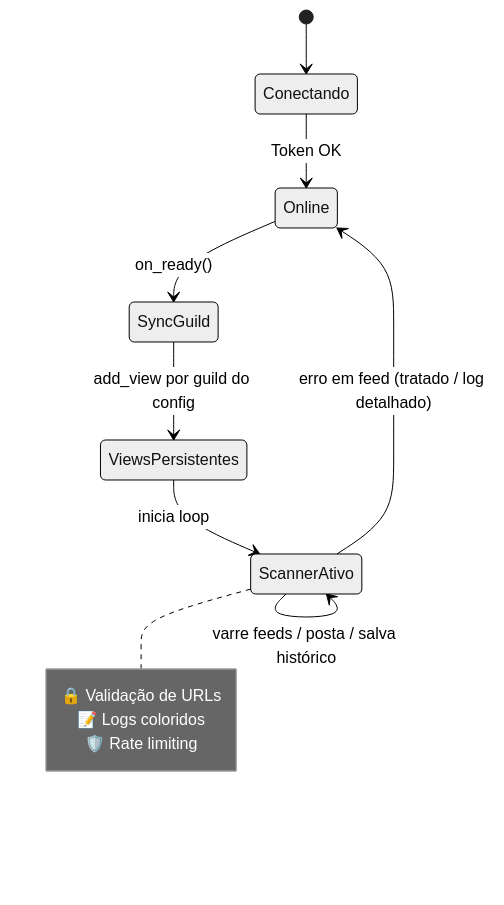
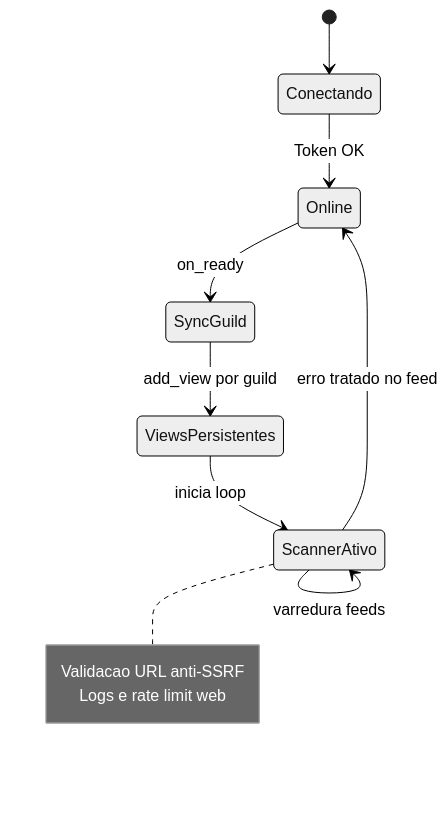
One commit to carmipa/gundam-news-discord changed the third of 5 diagrams in README.md. Above: the diagram before and after it, drawn with Mermaid (neutral theme). The commit also changed other lines of this file and 1 other file, not shown here.

Commit message:
docs: Move architecture documentation to a dedicated file and improve README diagrams for GitHub rendering.

````diff
--- a/README.md
+++ b/README.md
@@ -203,16 +203,14 @@
 ```mermaid
 stateDiagram-v2
     [*] --> Conectando
     Conectando --> Online: Token OK
-    Online --> SyncGuild: on_ready()
-    SyncGuild --> ViewsPersistentes: add_view por guild do config
+    Online --> SyncGuild: on_ready
+    SyncGuild --> ViewsPersistentes: add_view por guild
     ViewsPersistentes --> ScannerAtivo: inicia loop
-    ScannerAtivo --> ScannerAtivo: varre feeds / posta / salva histórico
-    ScannerAtivo --> Online: erro em feed (tratado / log detalhado)
-    
+    ScannerAtivo --> ScannerAtivo: varredura feeds
+    ScannerAtivo --> Online: erro tratado no feed
     note right of ScannerAtivo
-        🔒 Validação de URLs
-        📝 Logs coloridos
-        🛡️ Rate limiting
+        Validacao URL anti-SSRF
+        Logs e rate limit web
     end note
 ```
````
